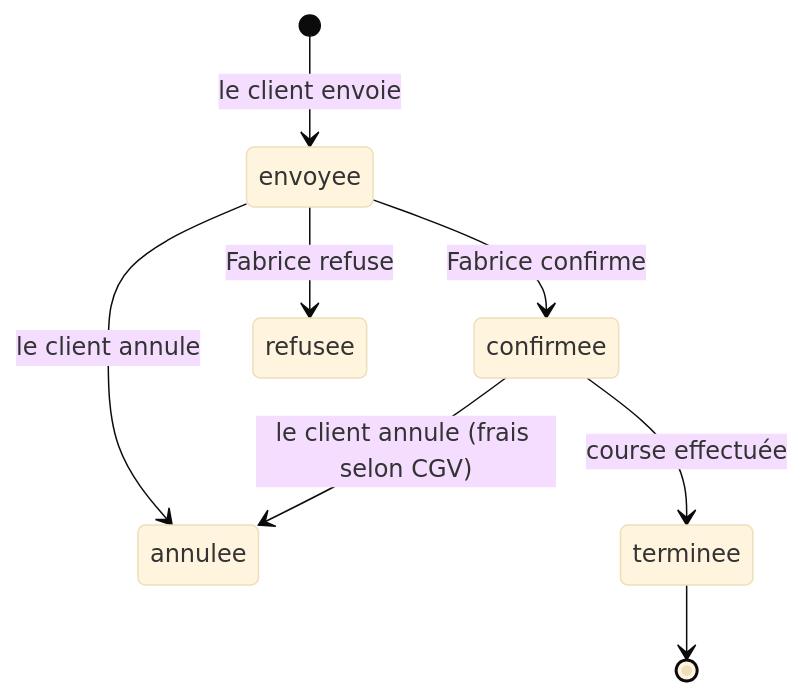
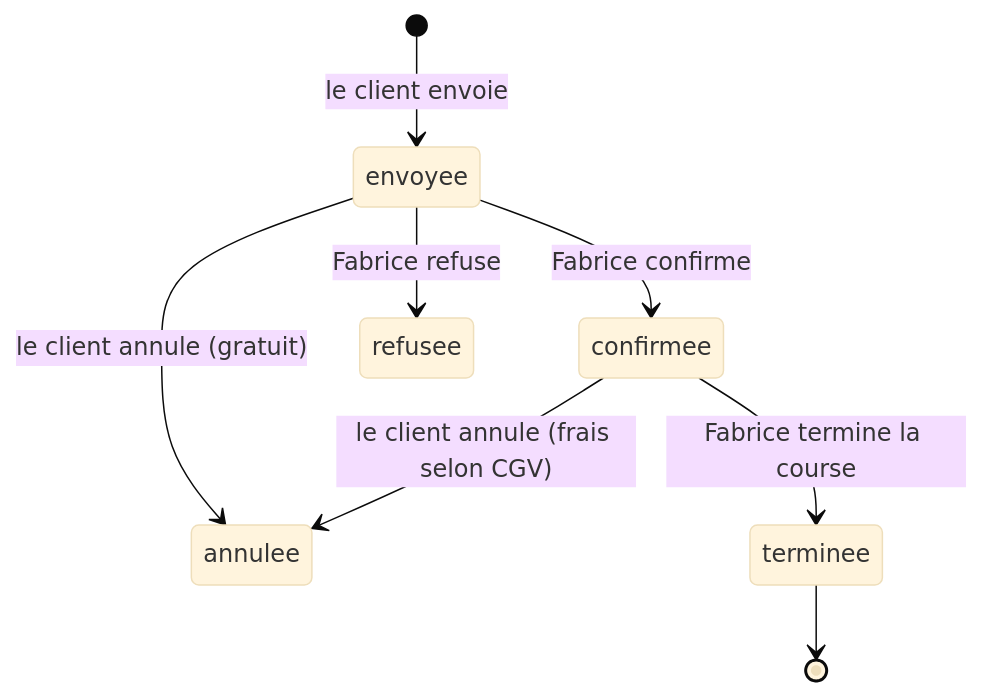
The second of 2 diagrams in docs/architecture.md (ZKS-Tech/app-vtc-volant3ranches), drawn with Mermaid (base theme) before and after one commit. The commit also changed other lines of this file and 14 other files, not shown here.

````diff
--- a/docs/architecture.md
+++ b/docs/architecture.md
@@ -61,10 +70,10 @@
 ```mermaid
 stateDiagram-v2
   [*] --> envoyee: le client envoie
   envoyee --> confirmee: Fabrice confirme
   envoyee --> refusee: Fabrice refuse
-  envoyee --> annulee: le client annule
+  envoyee --> annulee: le client annule (gratuit)
   confirmee --> annulee: le client annule (frais selon CGV)
-  confirmee --> terminee: course effectuée
+  confirmee --> terminee: Fabrice termine la course
   terminee --> [*]
 ```
````
